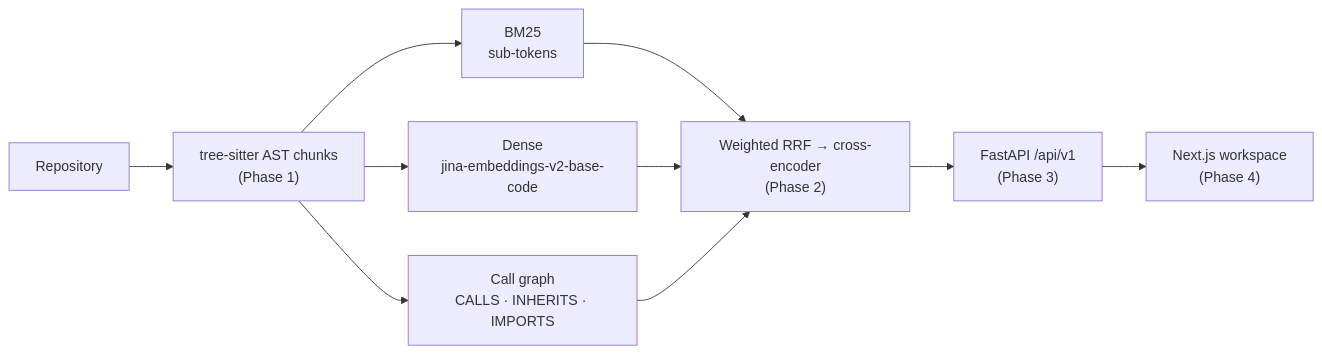
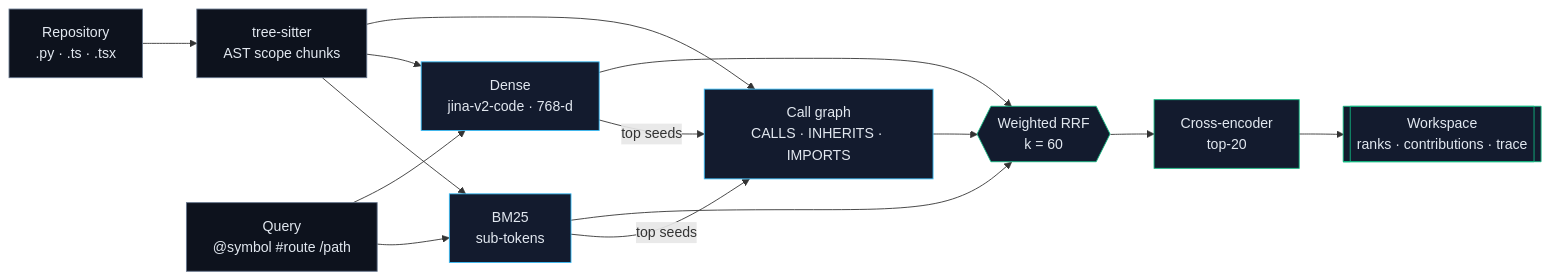
The diagram in README.md (KrishKamra/Tracex), drawn with Mermaid before and after one commit. The commit also changed other lines of this file and 64 other files, not shown here.

First line of the commit message:
docs: add architecture, benchmarks, API spec, design system and project governance

````diff
--- a/README.md
+++ b/README.md
@@ -9,10 +99,19 @@
 ```mermaid
 flowchart LR
-    R["Repository"] --> P["tree-sitter AST chunks<br/>(Phase 1)"]
+    R["Repository<br/>.py · .ts · .tsx"] --> P["tree-sitter<br/>AST scope chunks"]
     P --> B["BM25<br/>sub-tokens"]
-    P --> D["Dense<br/>jina-embeddings-v2-base-code"]
+    P --> D["Dense<br/>jina-v2-code · 768-d"]
     P --> G["Call graph<br/>CALLS · INHERITS · IMPORTS"]
-    B & D & G --> F["Weighted RRF → cross-encoder<br/>(Phase 2)"]
-    F --> A["FastAPI /api/v1<br/>(Phase 3)"]
-    A --> W["Next.js workspace<br/>(Phase 4)"]
+    Q["Query<br/>@symbol #route /path"] --> B & D
+    B & D -->|"top seeds"| G
+    B & D & G --> F{{"Weighted RRF<br/>k = 60"}}
+    F --> C["Cross-encoder<br/>top-20"]
+    C --> W[["Workspace<br/>ranks · contributions · trace"]]
+
+    classDef src fill:#0D121D,stroke:#64748B,color:#E2E8F0
+    classDef pillar fill:#131B2E,stroke:#38BDF8,color:#E2E8F0
+    classDef fuse fill:#131B2E,stroke:#10B981,color:#E2E8F0
+    class R,P,Q src
+    class B,D,G pillar
+    class F,C,W fuse
 ```
````
